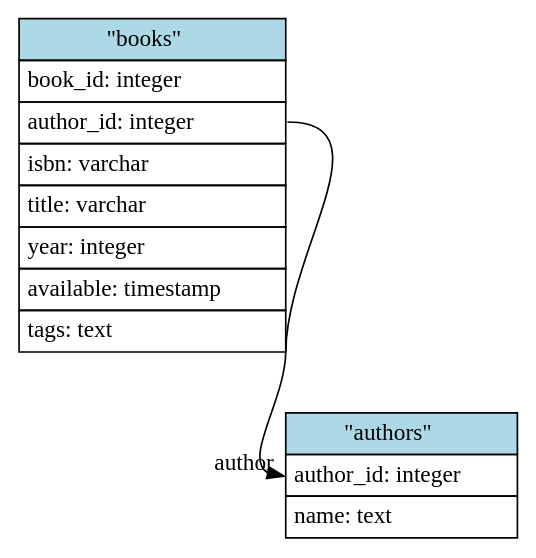
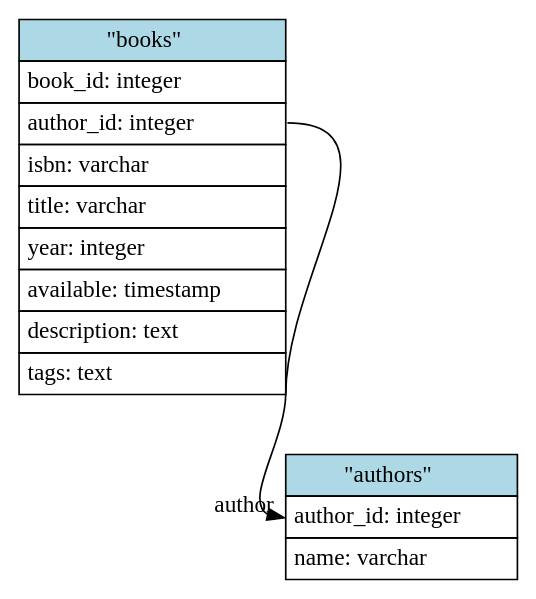
One commit to niurkacanals/Sql-expert-for-database changed the diagram in _examples/booktest/sqlite3.xo.dot. Above: the diagram before and after it, drawn with Graphviz. The commit also changed 113 other files, not shown here.

```diff
--- a/_examples/booktest/sqlite3.xo.dot
+++ b/_examples/booktest/sqlite3.xo.dot
@@ -1,28 +1,29 @@
 // Generated by xo.
 digraph booktest_db {
 	// Defaults
 	node [shape=none, margin=0]
 	
 	// Nodes (tables)
 	"authors" [ label=<
 		<table border="0" cellborder="1" cellspacing="0" cellpadding="4">
 		<tr><td bgcolor="lightblue">"authors"</td></tr>
 		<tr><td align="left" PORT="author_id">author_id: integer</td></tr>
-		<tr><td align="left" PORT="name">name: text</td></tr>
+		<tr><td align="left" PORT="name">name: varchar</td></tr>
 		</table>> ]
 	
 	"books" [ label=<
 		<table border="0" cellborder="1" cellspacing="0" cellpadding="4">
 		<tr><td bgcolor="lightblue">"books"</td></tr>
 		<tr><td align="left" PORT="book_id">book_id: integer</td></tr>
 		<tr><td align="left" PORT="author_id">author_id: integer</td></tr>
 		<tr><td align="left" PORT="isbn">isbn: varchar</td></tr>
 		<tr><td align="left" PORT="title">title: varchar</td></tr>
 		<tr><td align="left" PORT="year">year: integer</td></tr>
 		<tr><td align="left" PORT="available">available: timestamp</td></tr>
+		<tr><td align="left" PORT="description">description: text</td></tr>
 		<tr><td align="left" PORT="tags">tags: text</td></tr>
 		</table>> ]
 	
 	"books":"author_id":e -> "authors":"author_id":w [
 		headlabel="author"]
 }
```
